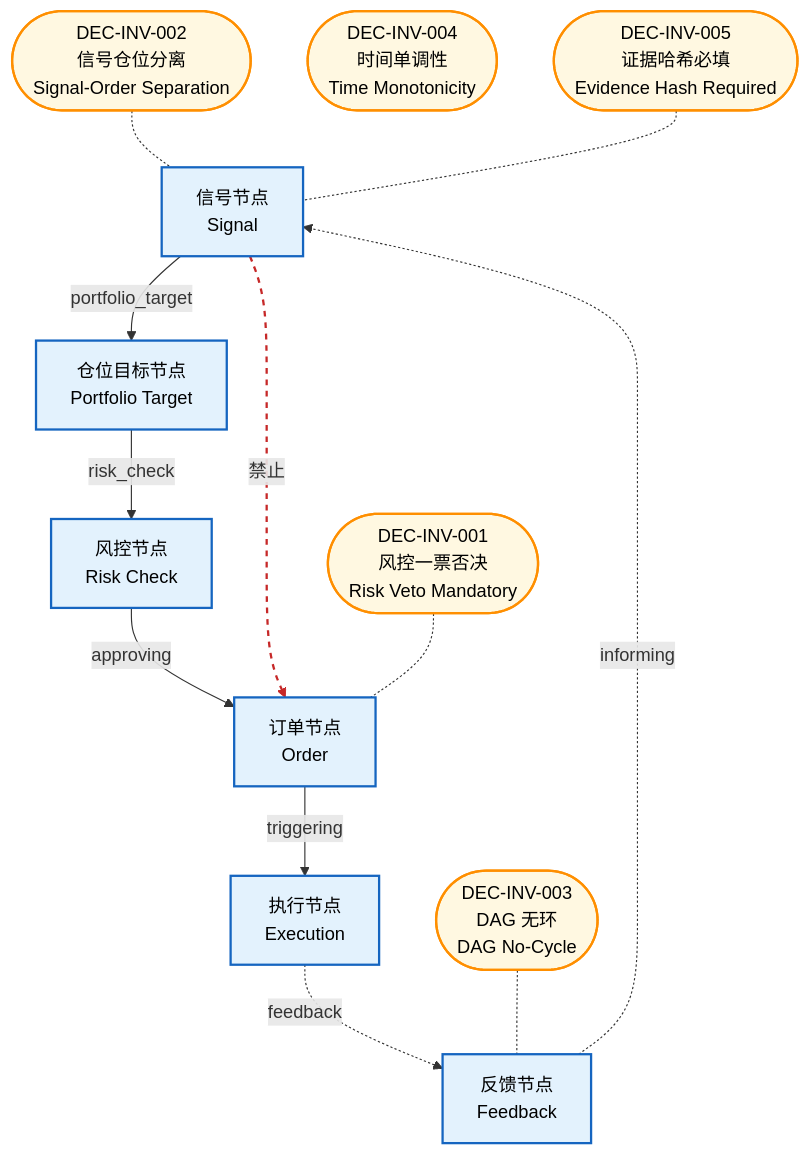
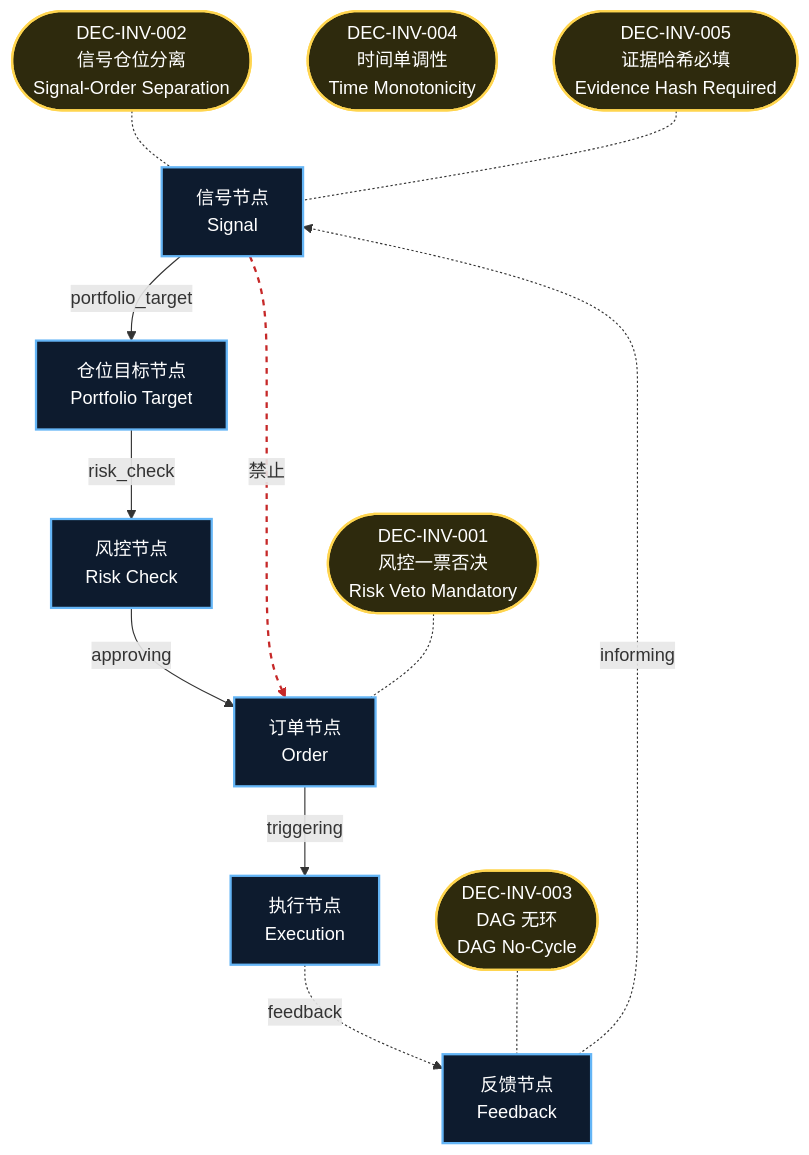
The diagram in docs/02_enterprise_architecture/06_decision_architecture/21_decision_invariants.md (xuanFelixVan/ZephyrAlpha), drawn with Mermaid before and after one commit. The commit also changed 17 other files, not shown here.

First line of the commit message:
style(decision-diagram): classDef 改为深色主题友好配色

````diff
--- a/docs/02_enterprise_architecture/06_decision_architecture/21_decision_invariants.md
+++ b/docs/02_enterprise_architecture/06_decision_architecture/21_decision_invariants.md
@@ -10,29 +10,29 @@
 ```mermaid
 flowchart TD
     NT_signal["信号节点<br/>Signal"]:::nodeType
     NT_portfolio_target["仓位目标节点<br/>Portfolio Target"]:::nodeType
     NT_risk_check["风控节点<br/>Risk Check"]:::nodeType
     NT_order["订单节点<br/>Order"]:::nodeType
     NT_execution["执行节点<br/>Execution"]:::nodeType
     NT_feedback["反馈节点<br/>Feedback"]:::nodeType
     NT_signal -->|portfolio_target| NT_portfolio_target
     NT_portfolio_target -->|risk_check| NT_risk_check
     NT_risk_check -->|approving| NT_order
     NT_order -->|triggering| NT_execution
     NT_execution -.->|feedback| NT_feedback
     NT_feedback -.->|informing| NT_signal
     NT_signal -.->|禁止| NT_order
     linkStyle 6 stroke:#c62828,stroke-width:2px,stroke-dasharray: 5 5
     INV_DEC_INV_001(["DEC-INV-001<br/>风控一票否决<br/>Risk Veto Mandatory"]):::invariant
     INV_DEC_INV_002(["DEC-INV-002<br/>信号仓位分离<br/>Signal-Order Separation"]):::invariant
     INV_DEC_INV_003(["DEC-INV-003<br/>DAG 无环<br/>DAG No-Cycle"]):::invariant
     INV_DEC_INV_004(["DEC-INV-004<br/>时间单调性<br/>Time Monotonicity"]):::invariant
     INV_DEC_INV_005(["DEC-INV-005<br/>证据哈希必填<br/>Evidence Hash Required"]):::invariant
     INV_DEC_INV_001 -.- NT_order
     INV_DEC_INV_002 -.- NT_signal
     INV_DEC_INV_003 -.- NT_feedback
     INV_DEC_INV_005 -.- NT_signal
 
-    classDef nodeType fill:#e3f2fd,stroke:#1565c0,stroke-width:2px,color:#000
-    classDef invariant fill:#fff8e1,stroke:#ff8f00,stroke-width:2px,color:#000
+    classDef nodeType fill:#0d1b2e,stroke:#64b5f6,stroke-width:2px,color:#fff
+    classDef invariant fill:#2e2a0d,stroke:#ffd54f,stroke-width:2px,color:#fff
 ```
````
